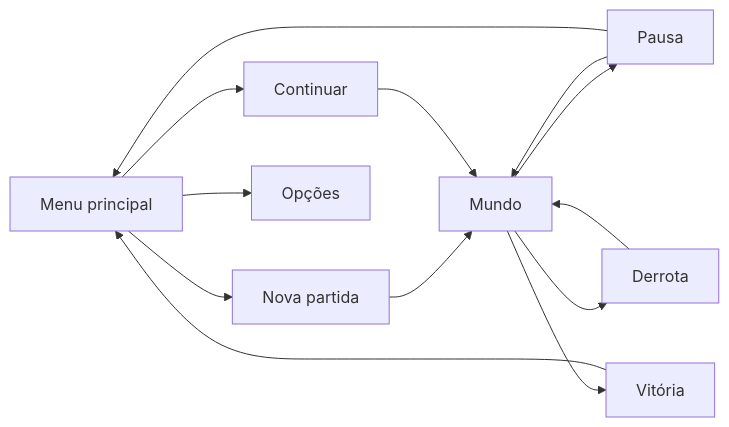
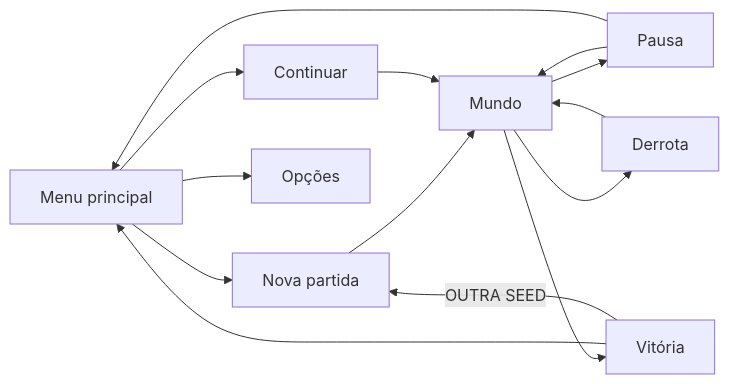
The diagram in docs/GDD.md (GabrielWendorff/tcc-pcg-criaturas), drawn with Mermaid before and after one commit. The commit also changed other lines of this file and 10 other files, not shown here.

````diff
--- a/docs/GDD.md
+++ b/docs/GDD.md
@@ -186,15 +211,16 @@
 ```mermaid
 flowchart LR
     M[Menu principal] --> N[Nova partida]
     M --> C[Continuar]
     M --> O[Opções]
     N --> J[Mundo]
     C --> J
     J --> P[Pausa]
     P --> J
     P --> M
     J --> V[Vitória]
     J --> D[Derrota]
     D --> J
     V --> M
+    V -->|OUTRA SEED| N
 ```
````
